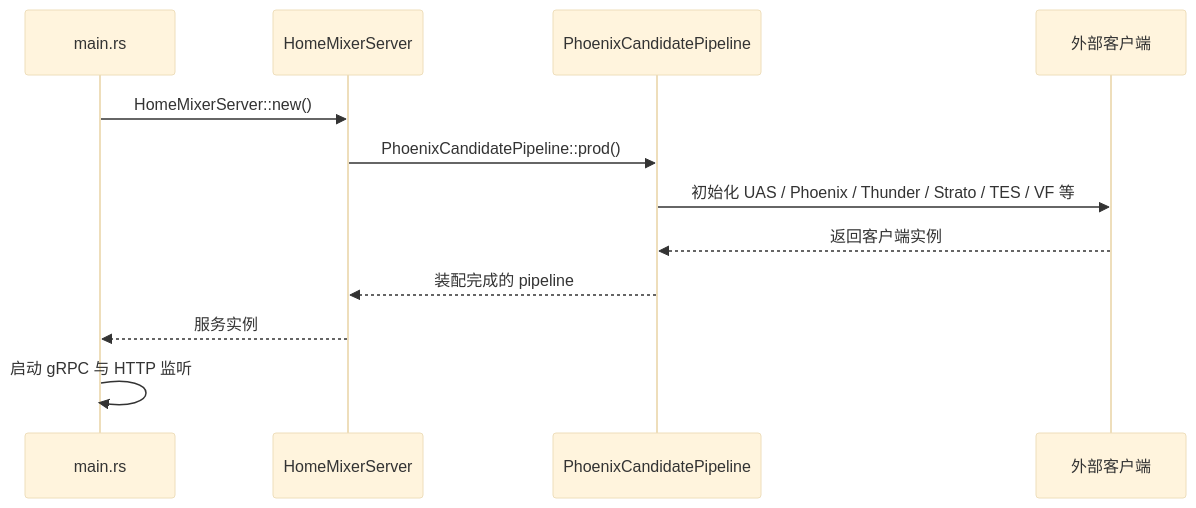
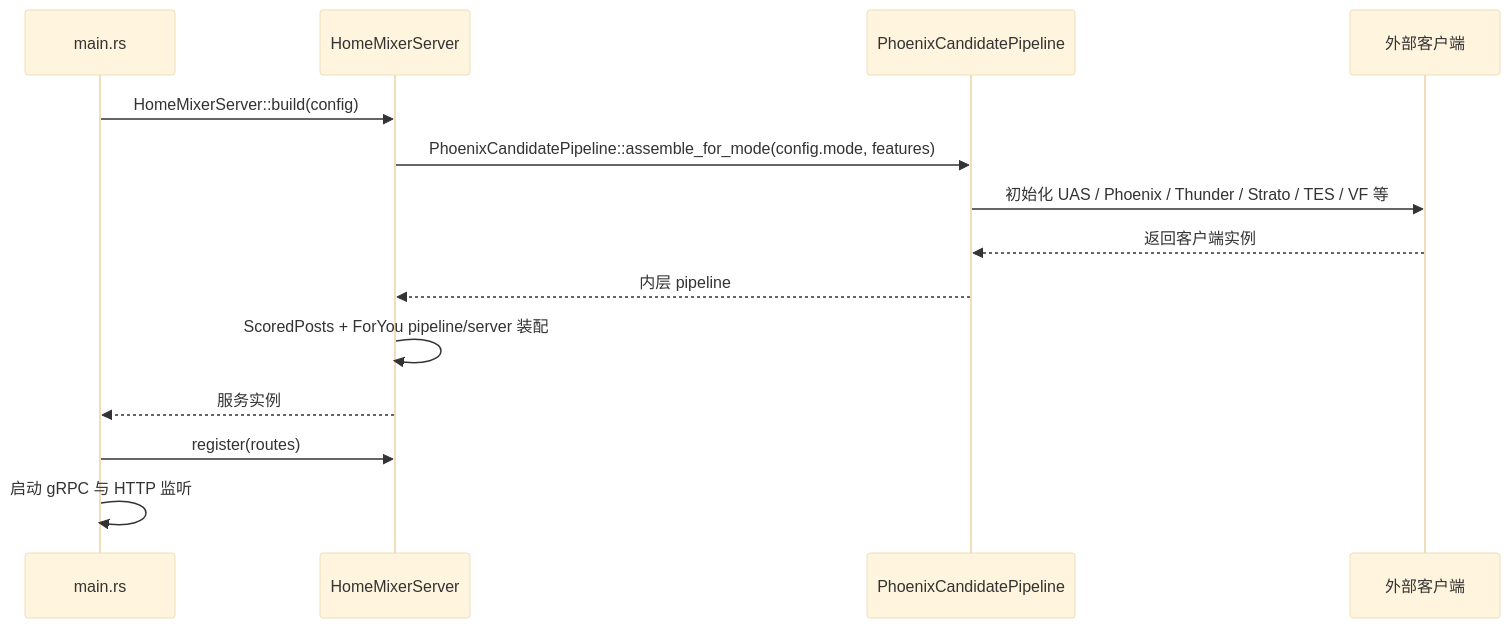
Before and after one commit to freefcw/x-algorithm: the first of 3 diagrams in docs/home-mixer/02-request-lifecycle.md, drawn with Mermaid (base theme). The commit also changed other lines of this file and 24 other files, not shown here.

````diff
--- a/docs/home-mixer/02-request-lifecycle.md
+++ b/docs/home-mixer/02-request-lifecycle.md
@@ -17,15 +17,17 @@
 ```mermaid
 sequenceDiagram
     participant Main as main.rs
     participant Server as HomeMixerServer
     participant Pipeline as PhoenixCandidatePipeline
     participant Clients as 外部客户端
 
-    Main->>Server: HomeMixerServer::new()
-    Server->>Pipeline: PhoenixCandidatePipeline::prod()
+    Main->>Server: HomeMixerServer::build(config)
+    Server->>Pipeline: PhoenixCandidatePipeline::assemble_for_mode(config.mode, features)
     Pipeline->>Clients: 初始化 UAS / Phoenix / Thunder / Strato / TES / VF 等
     Clients-->>Pipeline: 返回客户端实例
-    Pipeline-->>Server: 装配完成的 pipeline
+    Pipeline-->>Server: 内层 pipeline
+    Server->>Server: ScoredPosts + ForYou pipeline/server 装配
     Server-->>Main: 服务实例
+    Main->>Server: register(routes)
     Main->>Main: 启动 gRPC 与 HTTP 监听
 ```
````
